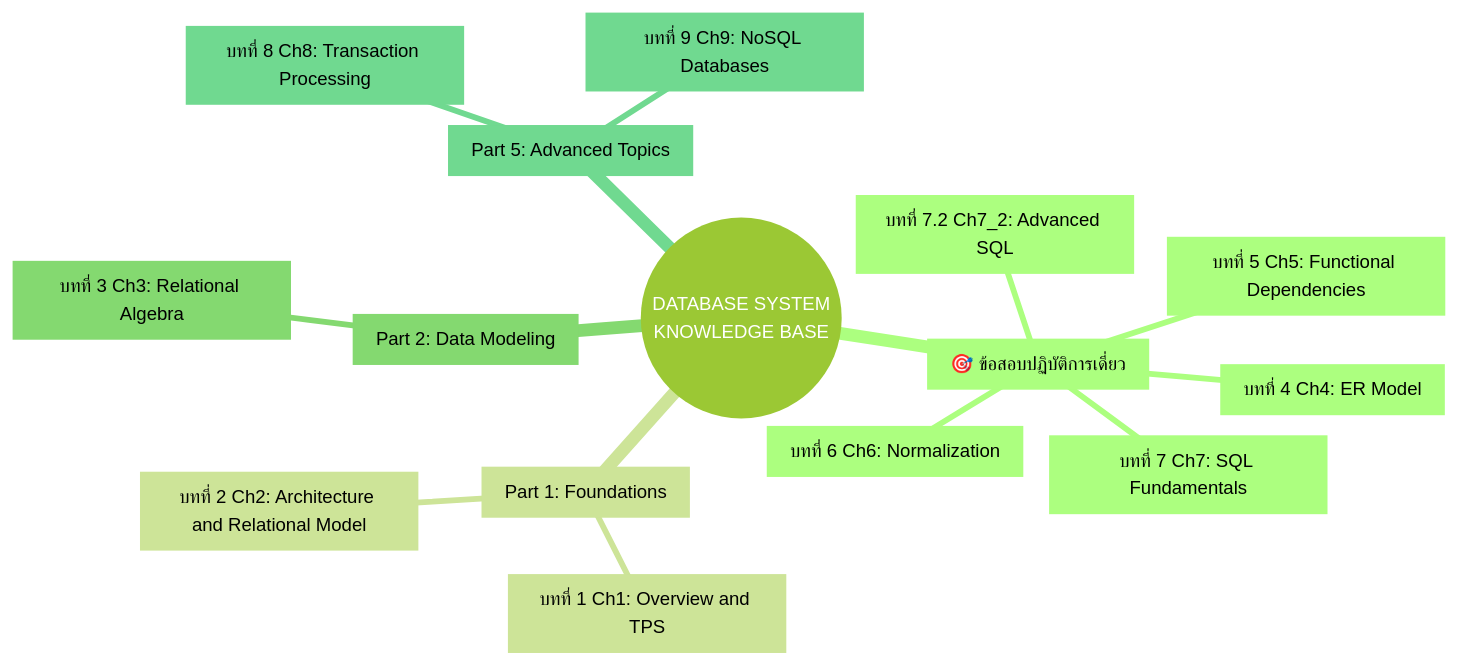
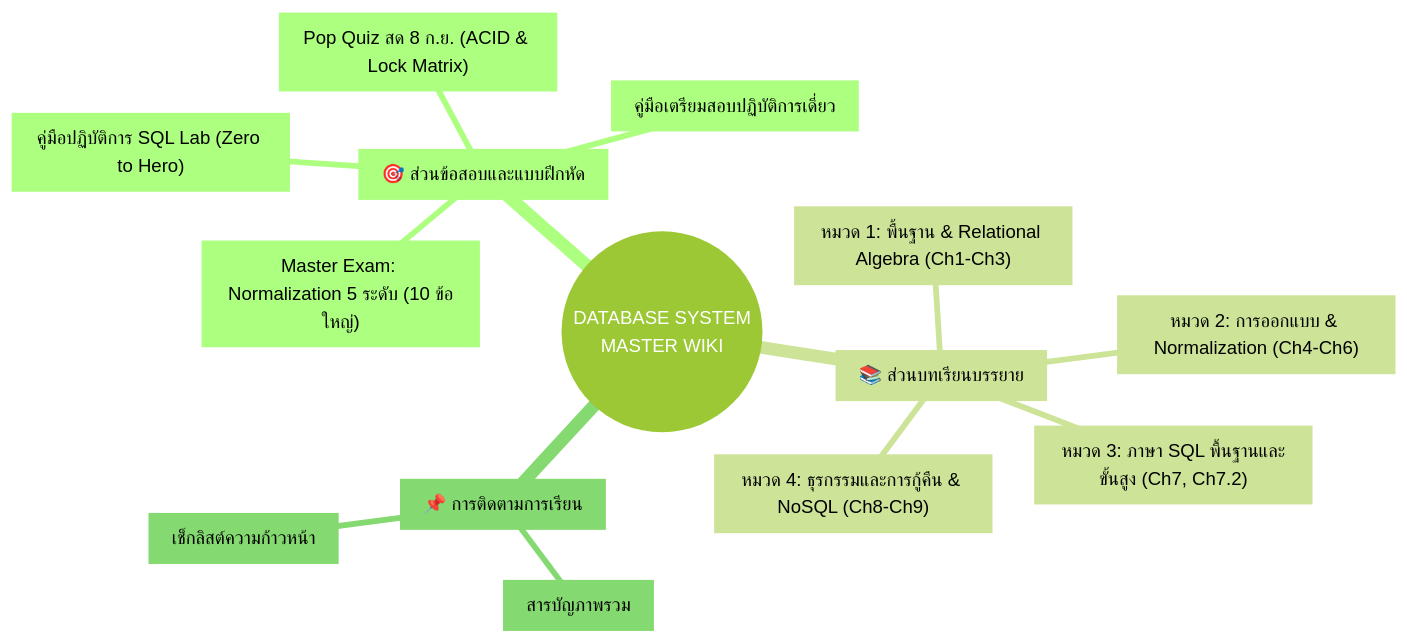
One commit to kanomoo/database-system changed the diagram in Wiki/Database System Index.md. Above: the diagram before and after it, drawn with Mermaid (forest theme). The commit also changed other lines of this file and 413 other files, not shown here.

First line of the commit message:
feat: add 10 master ER diagram exam problems, fix slide images, and add visual normalization guides

````diff
--- a/Wiki/Database System Index.md
+++ b/Wiki/Database System Index.md
@@ -41,18 +117,17 @@
 ```mermaid
 mindmap
-  root((DATABASE SYSTEM<br/>KNOWLEDGE BASE))
-    Exam["🎯 ข้อสอบปฏิบัติการเดี่ยว"]
-      Ch4["บทที่ 4 Ch4: ER Model"]
-      Ch5["บทที่ 5 Ch5: Functional Dependencies"]
-      Ch6["บทที่ 6 Ch6: Normalization"]
-      Ch7["บทที่ 7 Ch7: SQL Fundamentals"]
-      Ch72["บทที่ 7.2 Ch7_2: Advanced SQL"]
-    F["Part 1: Foundations"]
-      Ch1["บทที่ 1 Ch1: Overview and TPS"]
-      Ch2["บทที่ 2 Ch2: Architecture and Relational Model"]
-    M["Part 2: Data Modeling"]
-      Ch3["บทที่ 3 Ch3: Relational Algebra"]
-    A["Part 5: Advanced Topics"]
-      Ch8["บทที่ 8 Ch8: Transaction Processing"]
-      Ch9["บทที่ 9 Ch9: NoSQL Databases"]
+  root((DATABASE SYSTEM<br/>MASTER WIKI))
+    Exams["🎯 ส่วนข้อสอบและแบบฝึกหัด"]
+      Norm5NF["Master Exam: Normalization 5 ระดับ (10 ข้อใหญ่)"]
+      PopQuiz["Pop Quiz สด 8 ก.ย. (ACID & Lock Matrix)"]
+      InClassGuide["คู่มือเตรียมสอบปฏิบัติการเดี่ยว"]
+      SqlLabGuide["คู่มือปฏิบัติการ SQL Lab (Zero to Hero)"]
+    Lectures["📚 ส่วนบทเรียนบรรยาย"]
+      P1["หมวด 1: พื้นฐาน & Relational Algebra (Ch1-Ch3)"]
+      P2["หมวด 2: การออกแบบ & Normalization (Ch4-Ch6)"]
+      P3["หมวด 3: ภาษา SQL พื้นฐานและขั้นสูง (Ch7, Ch7.2)"]
+      P4["หมวด 4: ธุรกรรมและการกู้คืน & NoSQL (Ch8-Ch9)"]
+    Track["📌 การติดตามการเรียน"]
+      MasterIdx["สารบัญภาพรวม"]
+      Checklist["เช็กลิสต์ความก้าวหน้า"]
 ```
````
